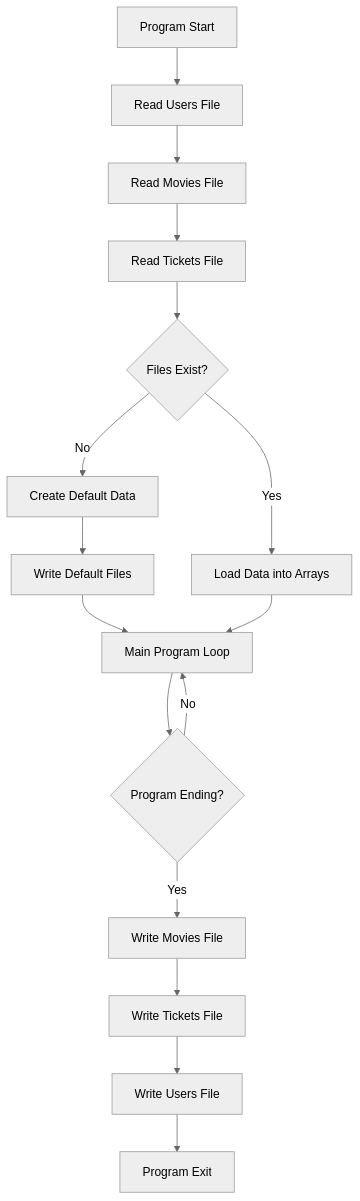
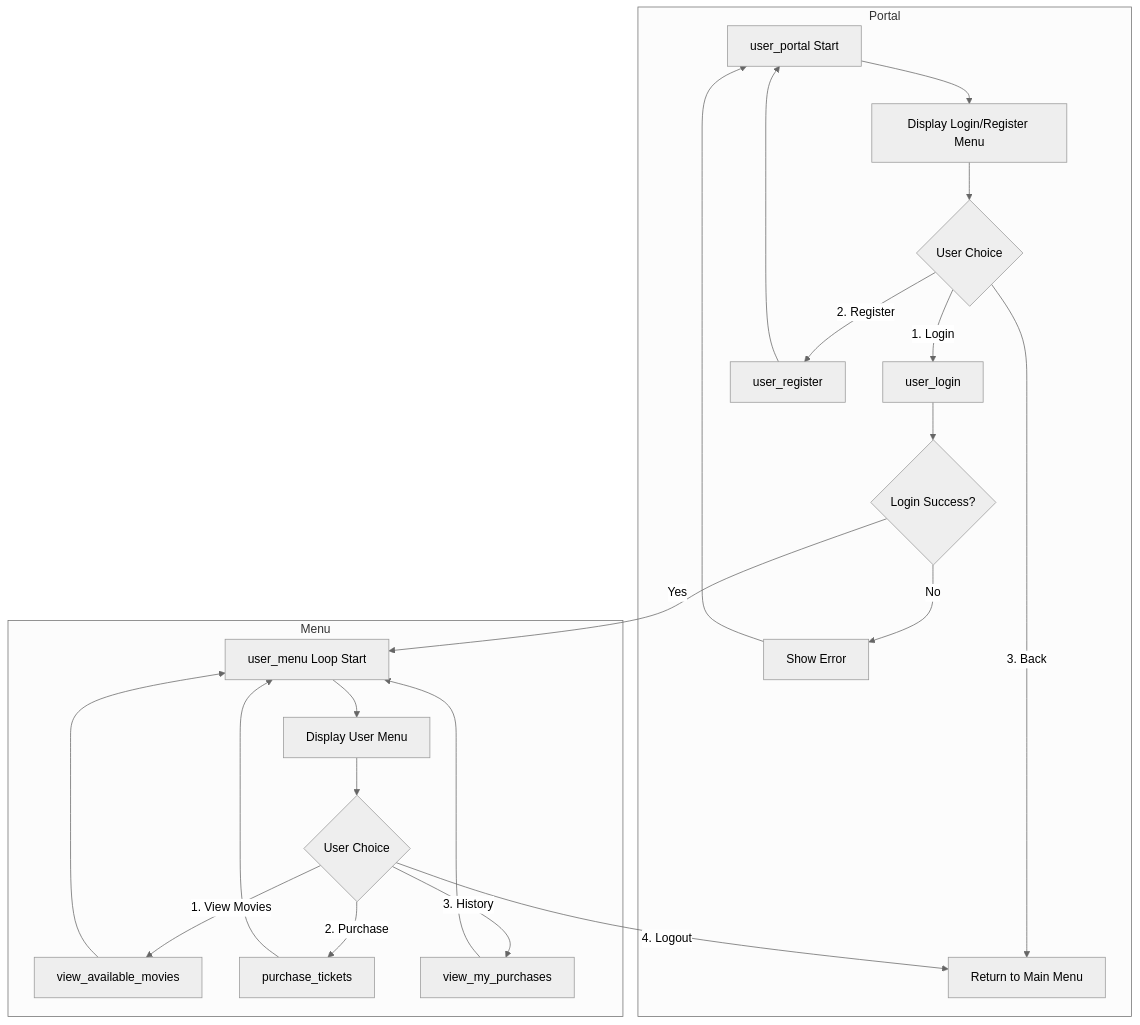
One commit to QUENJiX/test.github.io changed the third of 3 diagrams in README.md. Above: the diagram before and after it, drawn with Mermaid (neutral theme). The commit also changed other lines of this file, not shown here.

````diff
--- a/README.md
+++ b/README.md
@@ -525,18 +350,26 @@
 ```mermaid
 graph TD
-    A[Program Start] --> B[Read Users File]
-    B --> C[Read Movies File]
-    C --> D[Read Tickets File]
-    D --> E{Files Exist?}
-    E -->|No| F[Create Default Data]
-    E -->|Yes| G[Load Data into Arrays]
-    F --> H[Write Default Files]
-    H --> I[Main Program Loop]
-    G --> I
-    I --> J{Program Ending?}
-    J -->|No| I
-    J -->|Yes| K[Write Movies File]
-    K --> L[Write Tickets File]
-    L --> M[Write Users File]
-    M --> N[Program Exit]
+    subgraph Portal
+        A[user_portal Start] --> B[Display Login/Register Menu]
+        B --> C{User Choice}
+        C -->|1. Login| D[user_login]
+        C -->|2. Register| E[user_register]
+        C -->|3. Back| F[Return to Main Menu]
+        E --> A
+        D --> G{Login Success?}
+        G -->|No| H[Show Error] --> A
+    end
+    
+    subgraph Menu
+        G -->|Yes| I[user_menu Loop Start]
+        I --> J[Display User Menu]
+        J --> K{User Choice}
+        K -->|1. View Movies| L[view_available_movies]
+        K -->|2. Purchase| M[purchase_tickets]
+        K -->|3. History| N[view_my_purchases]
+        K -->|4. Logout| F
+        L --> I
+        M --> I
+        N --> I
+    end
 ```
````
